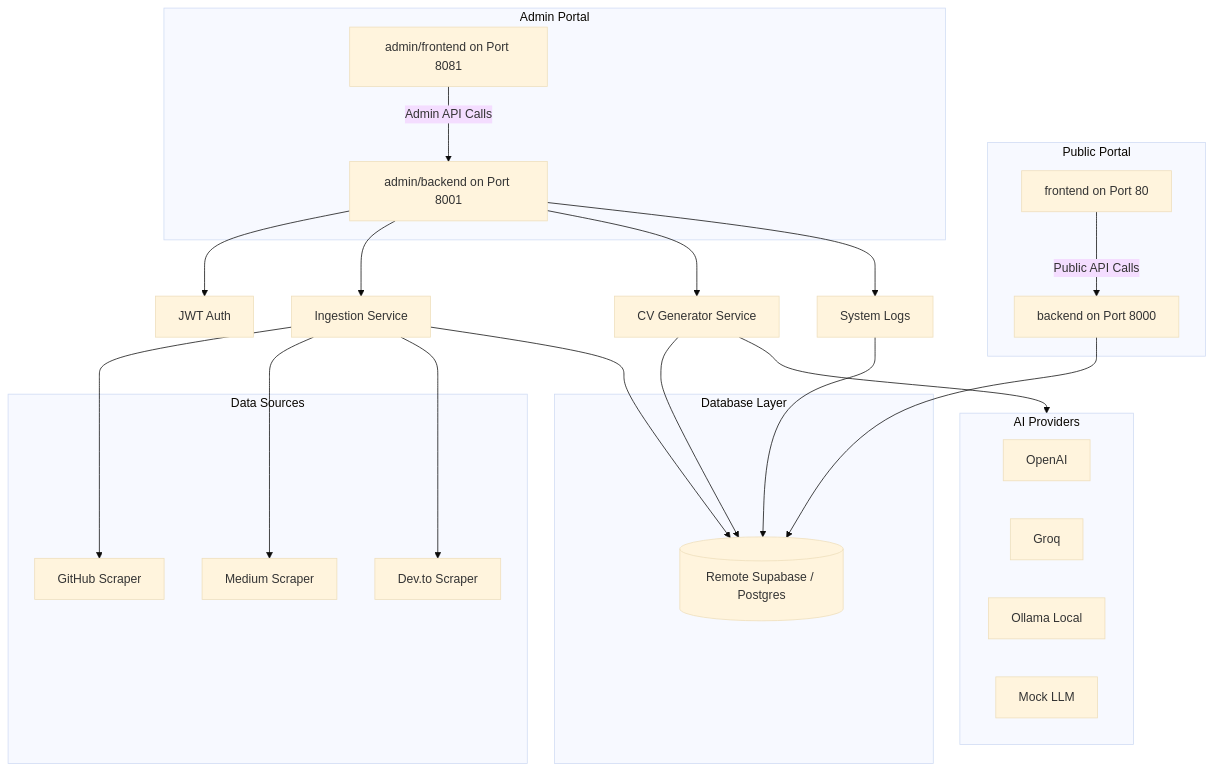
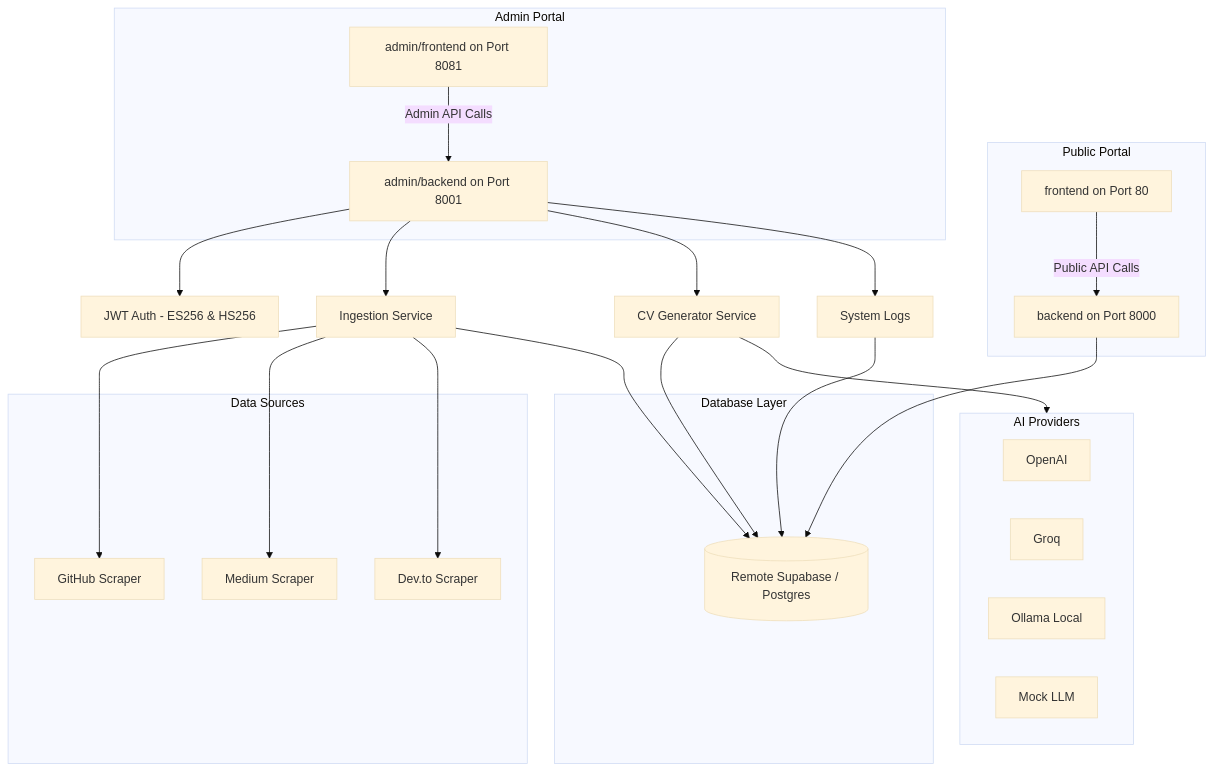
One commit to AtaCanYmc/ResuMesh changed the diagram in README.md. Above: the diagram before and after it, drawn with Mermaid (base theme). The commit also changed other lines of this file and 4 other files, not shown here.

Commit message:
feat: enhance README with architectural features and key decisions for backend API

````diff
--- a/README.md
+++ b/README.md
@@ -44,43 +45,43 @@
 ```mermaid
 graph TD
     subgraph Visitor View [Public Portal]
         UI[frontend on Port 80] -->|Public API Calls| API[backend on Port 8000]
     end
 
     subgraph Admin View [Admin Portal]
         AdminUI[admin/frontend on Port 8081] -->|Admin API Calls| AdminAPI[admin/backend on Port 8001]
     end
 
     subgraph LLM [AI Providers]
         OpenAI[OpenAI]
         Groq[Groq]
         Ollama[Ollama Local]
         Mock[Mock LLM]
     end
 
     subgraph Data [Data Sources]
         GH[GitHub Scraper]
         Med[Medium Scraper]
         DevTo[Dev.to Scraper]
     end
 
     subgraph DB [Database Layer]
         PG[(Remote Supabase / Postgres)]
     end
 
     API --> PG
-    AdminAPI --> Auth[JWT Auth]
+    AdminAPI --> Auth[JWT Auth - ES256 & HS256]
     AdminAPI --> Ingest[Ingestion Service]
     AdminAPI --> AI[CV Generator Service]
     AdminAPI --> Logs[System Logs]
 
     Ingest --> GH
     Ingest --> Med
     Ingest --> DevTo
     Ingest --> PG
 
     AI --> LLM
     AI --> PG
 
     Logs --> PG
 ```
````
